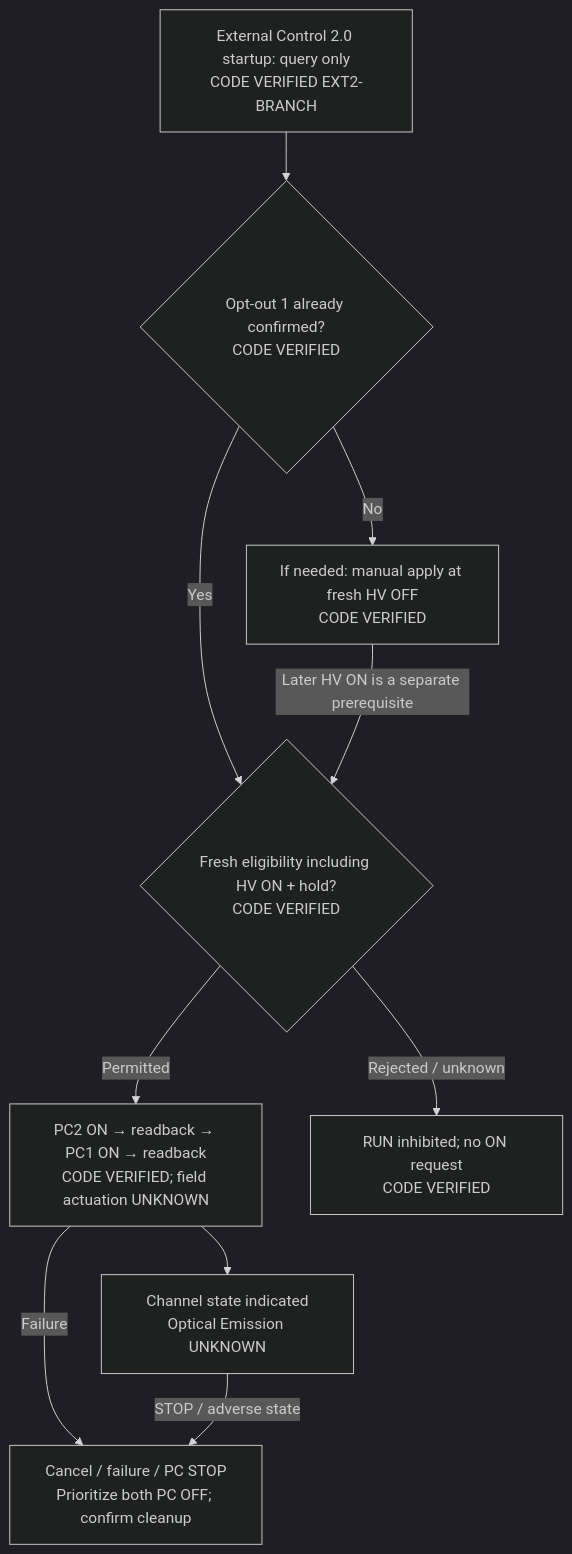
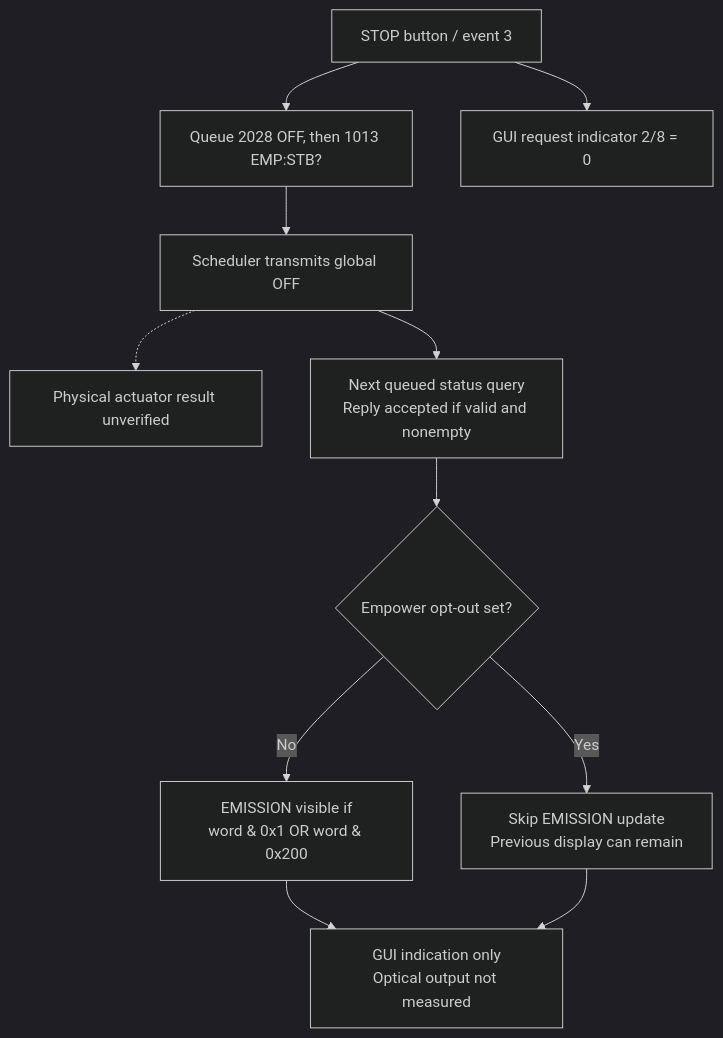
Before and after one commit to El-Carretero/PY_SPF: the third of 3 diagrams in docs/spitfire_control_flow/01_main_operation.md, drawn with Mermaid (dark theme). The commit also changed other lines of this file and 150 other files, not shown here.

Commit message:
docs: simplify control diagrams and publish matching Korean edition

````diff
--- a/docs/spitfire_control_flow/01_main_operation.md
+++ b/docs/spitfire_control_flow/01_main_operation.md
@@ -140,20 +143,14 @@
 ```mermaid
-%% caption: Figure 1C. External Control 2.0 comparison only. Readback-confirmed channel control is not measured emission.
+%% caption: Figure 1C. Native STOP request and EMISSION indication. Neither GUI path proves optical output or complete shutdown.
 flowchart TB
-  E0["External Control 2.0 startup: query only<br/>CODE VERIFIED EXT2-BRANCH"]
-  EO{"Opt-out 1 already confirmed?<br/>CODE VERIFIED"}
-  E1["If needed: manual apply at fresh HV OFF<br/>CODE VERIFIED"]
-  E2{"Fresh eligibility including HV ON + hold?<br/>CODE VERIFIED"}
-  E3["PC2 ON → readback → PC1 ON → readback<br/>CODE VERIFIED; field actuation UNKNOWN"]
-  E4["Channel state indicated<br/>Optical Emission UNKNOWN"]
-  ES["Cancel / failure / PC STOP<br/>Prioritize both PC OFF; confirm cleanup"]
-  ER["RUN inhibited; no ON request<br/>CODE VERIFIED"]
-  E0 --> EO
-  EO -->|"Yes"| E2
-  EO -->|"No"| E1
-  E1 -->|"Later HV ON is a separate prerequisite"| E2
-  E2 -->|"Permitted"| E3 --> E4
-  E2 -->|"Rejected / unknown"| ER
-  E3 -->|"Failure"| ES
-  E4 -->|"STOP / adverse state"| ES
+  A["STOP button / event 3"] --> B["Queue 2028 OFF, then 1013 EMP:STB?"]
+  A --> G["GUI request indicator 2/8 = 0"]
+  B --> C["Scheduler transmits global OFF"]
+  C -.-> U["Physical actuator result unverified"]
+  C --> T["Next queued status query<br/>Reply accepted if valid and nonempty"]
+  T --> O{"Empower opt-out set?"}
+  O -->|"Yes"| S["Skip EMISSION update<br/>Previous display can remain"]
+  O -->|"No"| F["EMISSION visible if<br/>word & 0x1 OR word & 0x200"]
+  F --> D["GUI indication only<br/>Optical output not measured"]
+  S --> D
 ```
````
